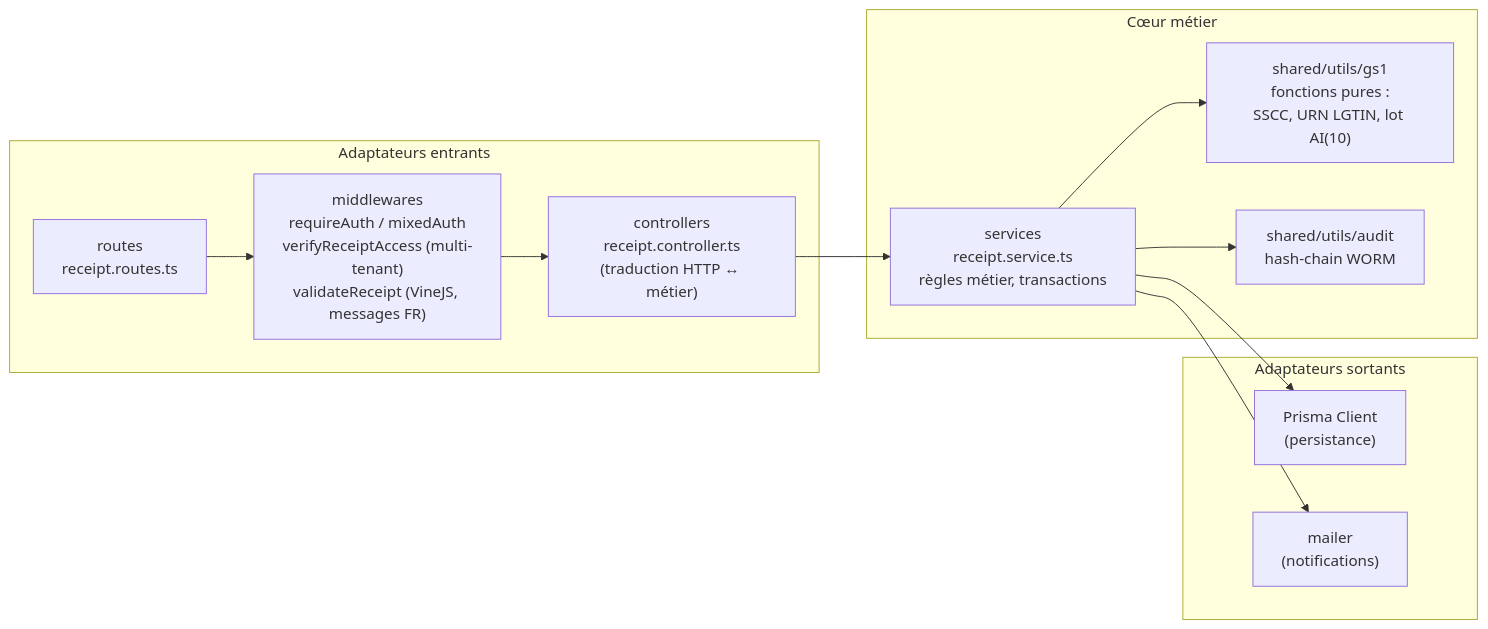
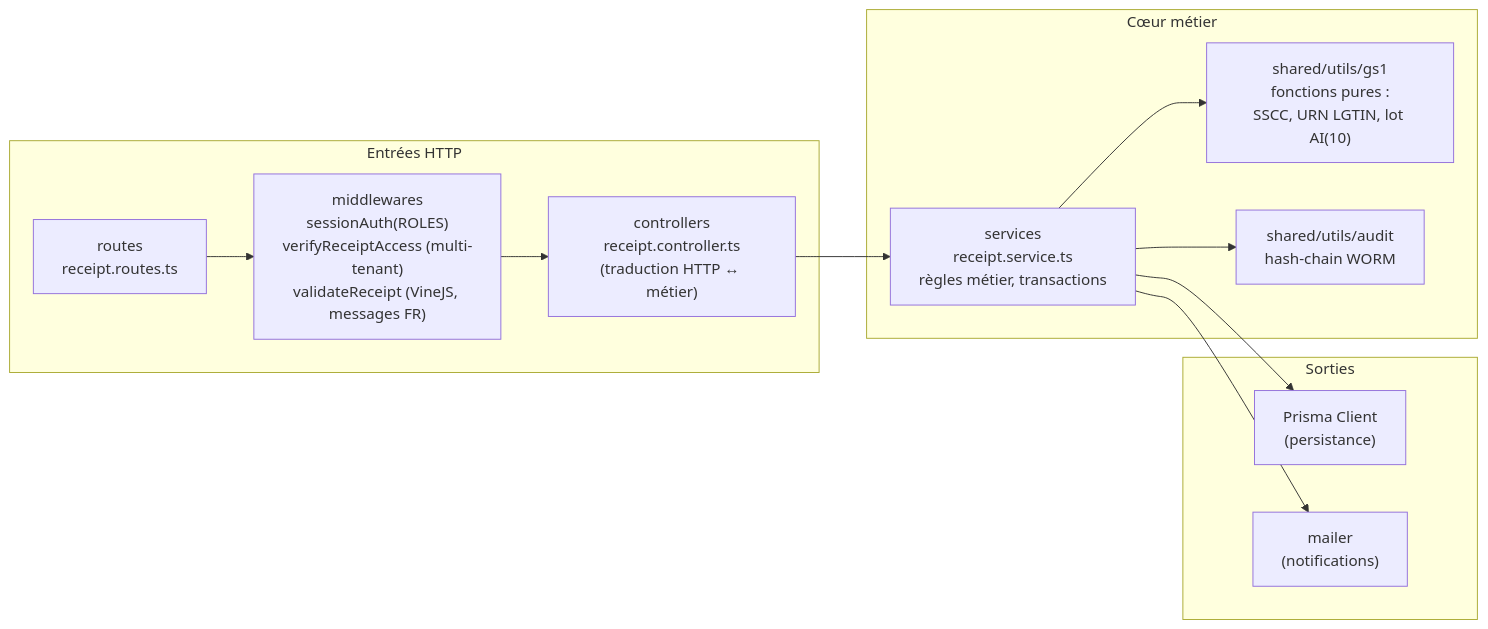
Before and after one commit to PaulDelamare/Nutrichain-Api: the third of 5 diagrams in docs/19_architecture.md, drawn with Mermaid. The commit also changed other lines of this file and 8 other files, not shown here.

````diff
--- a/docs/19_architecture.md
+++ b/docs/19_architecture.md
@@ -105,25 +118,25 @@
 ```mermaid
 flowchart LR
-    subgraph Adapters_In["Adaptateurs entrants"]
+    subgraph In["Entrées HTTP"]
         R["routes<br/>receipt.routes.ts"]
-        M["middlewares<br/>requireAuth / mixedAuth<br/>verifyReceiptAccess (multi-tenant)<br/>validateReceipt (VineJS, messages FR)"]
+        M["middlewares<br/>sessionAuth(ROLES)<br/>verifyReceiptAccess (multi-tenant)<br/>validateReceipt (VineJS, messages FR)"]
         C["controllers<br/>receipt.controller.ts<br/>(traduction HTTP ↔ métier)"]
     end
 
     subgraph Core["Cœur métier"]
         S["services<br/>receipt.service.ts<br/>règles métier, transactions"]
         G["shared/utils/gs1<br/>fonctions pures :<br/>SSCC, URN LGTIN, lot AI(10)"]
         A["shared/utils/audit<br/>hash-chain WORM"]
     end
 
-    subgraph Adapters_Out["Adaptateurs sortants"]
+    subgraph Out["Sorties"]
         P["Prisma Client<br/>(persistance)"]
         ML["mailer<br/>(notifications)"]
     end
 
     R --> M --> C --> S
     S --> G
     S --> A
     S --> P
     S --> ML
 ```
````
